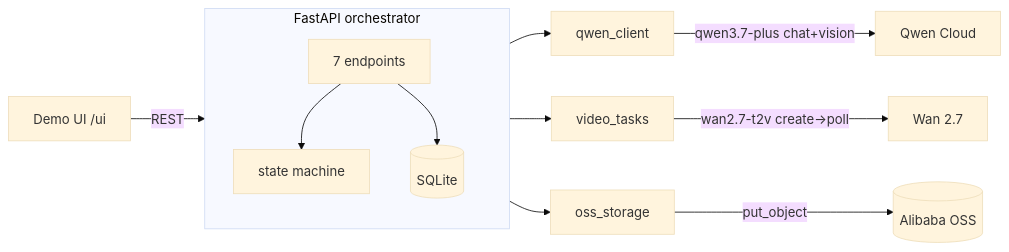
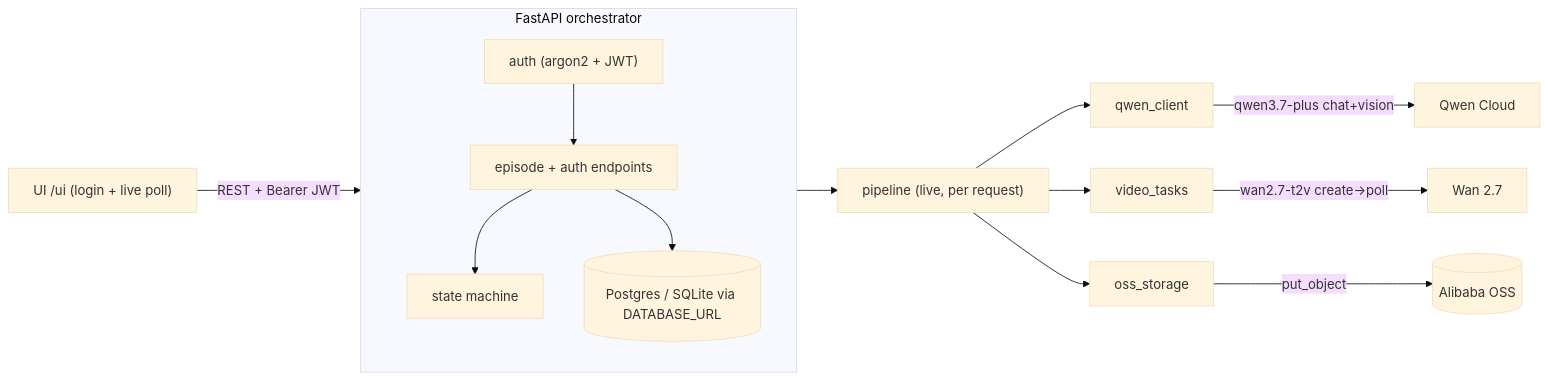
Before and after one commit to ComBba/circle-take: the diagram in README.md, drawn with Mermaid (base theme). The commit also changed other lines of this file, not shown here.

First line of the commit message:
docs(readme): reflect the operational platform (auth + live per-request + Cloud Run/SQL)

````diff
--- a/README.md
+++ b/README.md
@@ -91,17 +113,20 @@
 ```mermaid
 flowchart LR
-  UI["Demo UI /ui"] -->|REST| API
+  UI["UI /ui (login + live poll)"] -->|"REST + Bearer JWT"| API
   subgraph API["FastAPI orchestrator"]
-    EP["7 endpoints"]
+    AUTH["auth (argon2 + JWT)"]
+    EP["episode + auth endpoints"]
     SM["state machine"]
-    DB[("SQLite")]
+    DB[("Postgres / SQLite via DATABASE_URL")]
+    AUTH --> EP
     EP --> SM
     EP --> DB
   end
-  API --> QC["qwen_client"]
-  API --> VT["video_tasks"]
-  API --> OSS["oss_storage"]
+  API --> PIPE["pipeline (live, per request)"]
+  PIPE --> QC["qwen_client"]
+  PIPE --> VT["video_tasks"]
+  PIPE --> OSS["oss_storage"]
   QC -->|"qwen3.7-plus chat+vision"| QWEN["Qwen Cloud"]
   VT -->|"wan2.7-t2v create→poll"| WAN["Wan 2.7"]
   OSS -->|"put_object"| BUCKET[("Alibaba OSS")]
 ```
````
